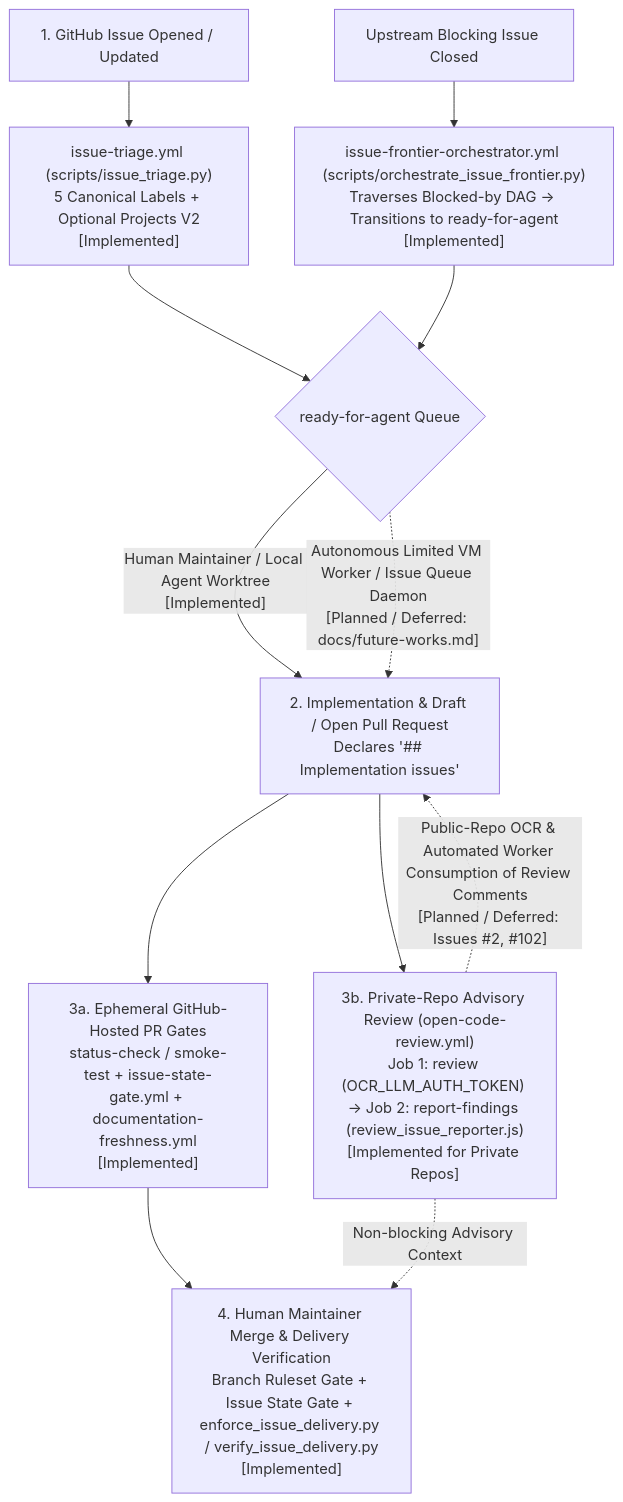
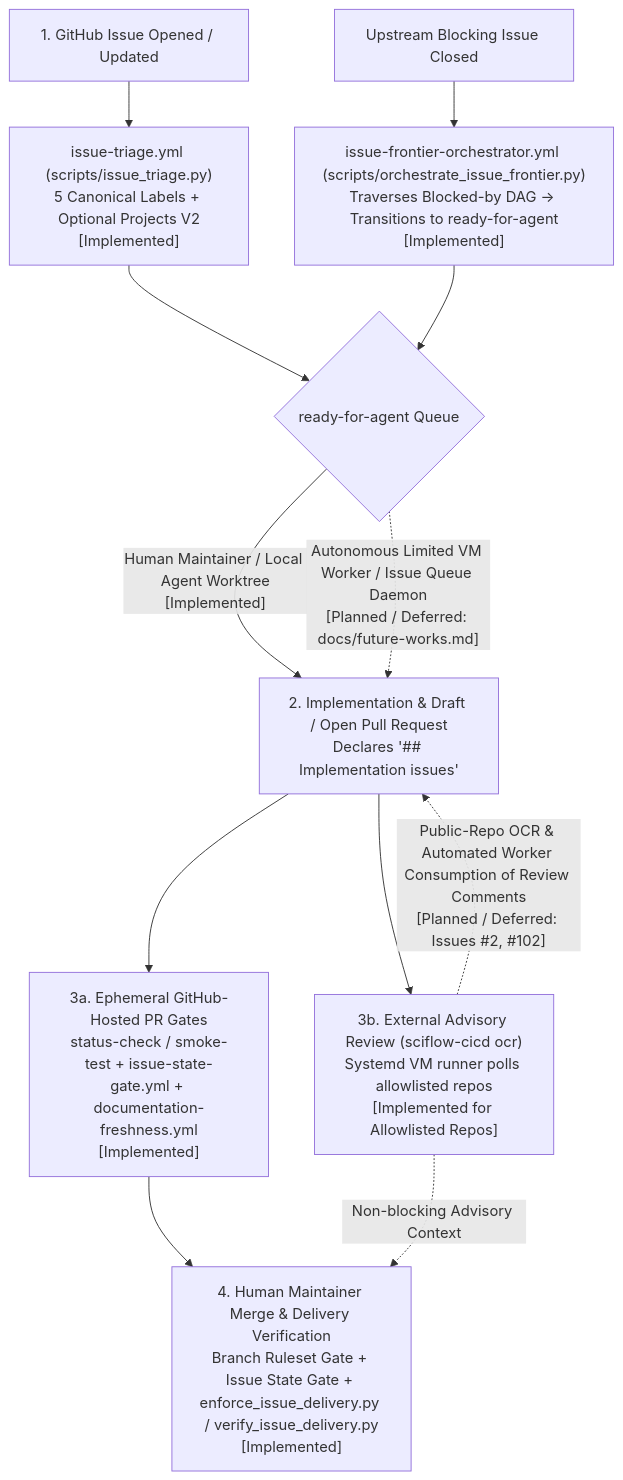
One commit to lispz1610/sciflow-cicd changed the first of 2 diagrams in docs/maintainer-reference.md. Above: the diagram before and after it, drawn with Mermaid. The commit also changed other lines of this file and 44 other files, not shown here.

First line of the commit message:
feat(review): decouple Advisory Review from Actions to external systemd OCR runner (#50) (#62)

````diff
--- a/docs/maintainer-reference.md
+++ b/docs/maintainer-reference.md
@@ -150,17 +150,17 @@
 ```mermaid
 flowchart TD
     I["1. GitHub Issue Opened / Updated"] --> T["issue-triage.yml (scripts/issue_triage.py)<br/>5 Canonical Labels + Optional Projects V2<br/>[Implemented]"]
     B["Upstream Blocking Issue Closed"] --> F["issue-frontier-orchestrator.yml (scripts/orchestrate_issue_frontier.py)<br/>Traverses Blocked-by DAG -> Transitions to ready-for-agent<br/>[Implemented]"]
     T --> Q{"ready-for-agent Queue"}
     F --> Q
 
     Q -->|"Human Maintainer / Local Agent Worktree<br/>[Implemented]"| PR["2. Implementation & Draft / Open Pull Request<br/>Declares '## Implementation issues'"]
     Q -.->|"Autonomous Limited VM Worker / Issue Queue Daemon<br/>[Planned / Deferred: docs/future-works.md]"| PR
 
     PR --> CI["3a. Ephemeral GitHub-Hosted PR Gates<br/>status-check / smoke-test + issue-state-gate.yml + documentation-freshness.yml<br/>[Implemented]"]
-    PR --> OCR["3b. Private-Repo Advisory Review (open-code-review.yml)<br/>Job 1: review (OCR_LLM_AUTH_TOKEN) -> Job 2: report-findings (review_issue_reporter.js)<br/>[Implemented for Private Repos]"]
+    PR --> OCR["3b. External Advisory Review (sciflow-cicd ocr)<br/>Systemd VM runner polls allowlisted repos<br/>[Implemented for Allowlisted Repos]"]
     OCR -.->|"Public-Repo OCR & Automated Worker Consumption of Review Comments<br/>[Planned / Deferred: Issues #2, #102]"| PR
 
     CI --> M["4. Human Maintainer Merge & Delivery Verification<br/>Branch Ruleset Gate + Issue State Gate + enforce_issue_delivery.py / verify_issue_delivery.py<br/>[Implemented]"]
     OCR -.->|"Non-blocking Advisory Context"| M
 ```
````
